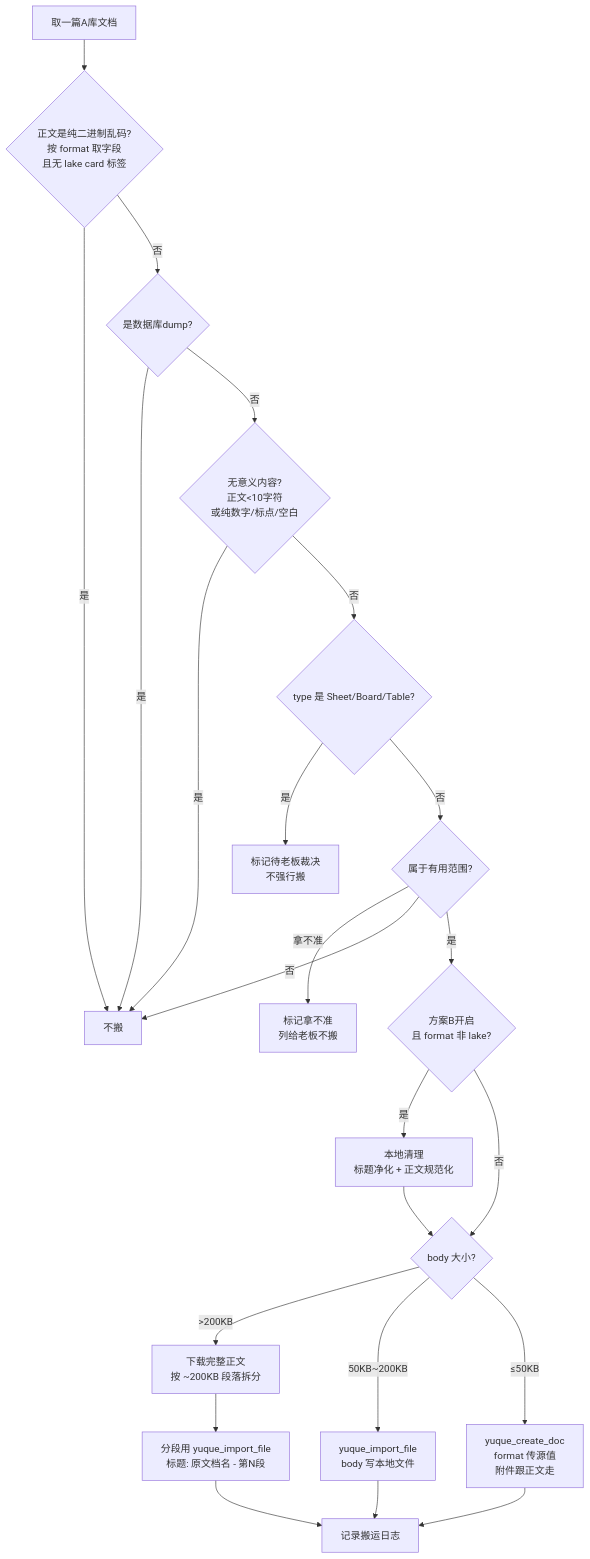
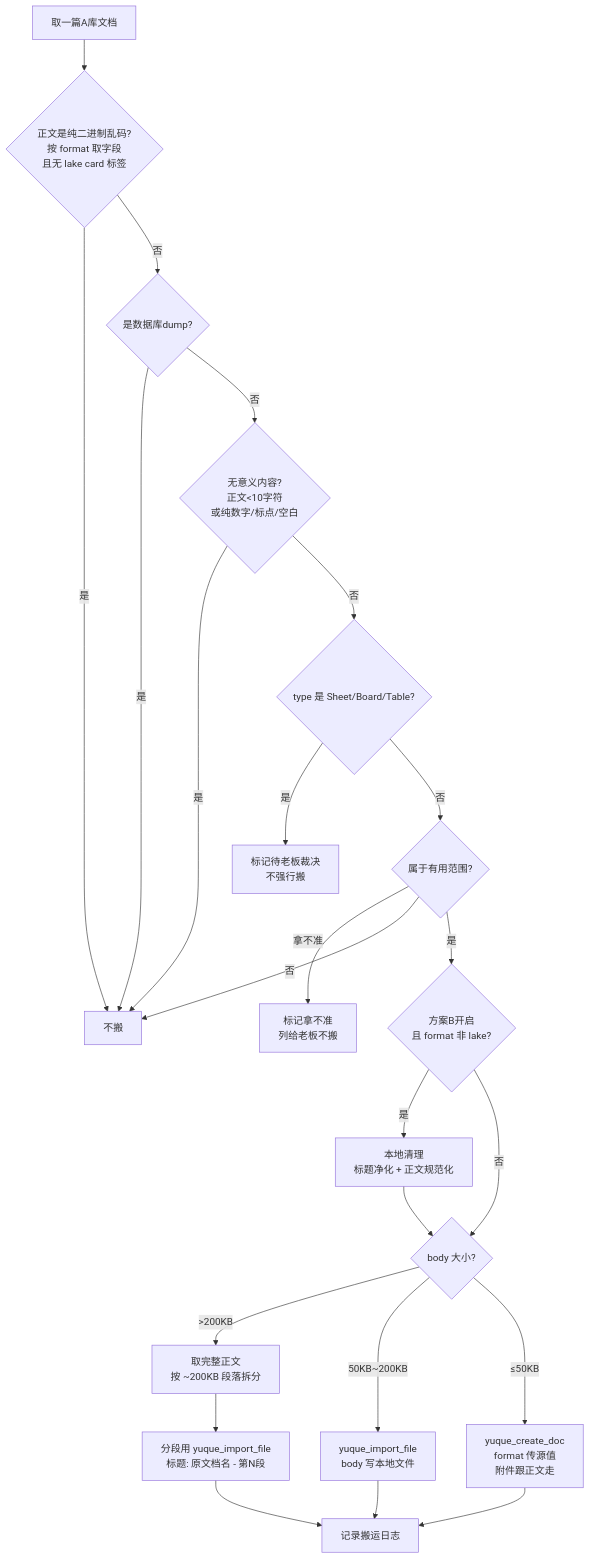
One commit to yehuoshun/doc-reorg-skill changed the diagram in doc-reorg/SKILL.md. Above: the diagram before and after it, drawn with Mermaid. The commit also changed other lines of this file and 2 other files, not shown here.

````diff
--- a/doc-reorg/SKILL.md
+++ b/doc-reorg/SKILL.md
@@ -68,25 +68,25 @@
 ```mermaid
 flowchart TD
     A[取一篇A库文档] --> B{正文是纯二进制乱码?<br/>按 format 取字段<br/>且无 lake card 标签}
     B -- 是 --> X[不搬]
     B -- 否 --> C{是数据库dump?}
     C -- 是 --> X
     C -- 否 --> N{无意义内容?<br/>正文<10字符<br/>或纯数字/标点/空白}
     N -- 是 --> X
     N -- 否 --> T{type 是 Sheet/Board/Table?}
     T -- 是 --> W[标记待老板裁决<br/>不强行搬]
     T -- 否 --> D{属于有用范围?}
     D -- 拿不准 --> Y[标记拿不准<br/>列给老板不搬]
     D -- 否 --> X
     D -- 是 --> R9{方案B开启<br/>且 format 非 lake?}
     R9 -- 是 --> Q[本地清理<br/>标题净化 + 正文规范化]
     R9 -- 否 --> S{body 大小?}
     Q --> S
-    S -- ">200KB" --> H[下载完整正文<br/>按 ~200KB 段落拆分]
+    S -- ">200KB" --> H[取完整正文<br/>按 ~200KB 段落拆分]
     H --> I[分段用 yuque_import_file<br/>标题: 原文档名 - 第N段]
     S -- "50KB~200KB" --> P[yuque_import_file<br/>body 写本地文件]
     S -- "≤50KB" --> E[yuque_create_doc<br/>format 传源值<br/>附件跟正文走]
     E --> F[记录搬运日志]
     I --> F
     P --> F
 ```
````
